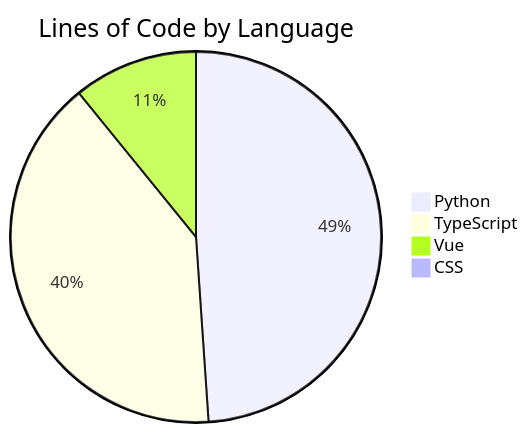
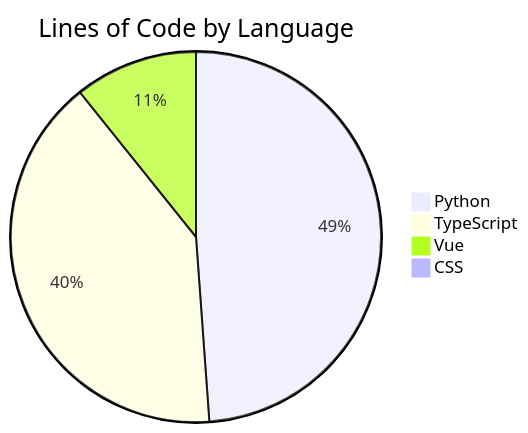
Before and after one commit to ISW-stack/AI3L-Community: the diagram in README.md, drawn with Mermaid. The commit also changed other lines of this file and 1 other file, not shown here.

````diff
--- a/README.md
+++ b/README.md
@@ -368,7 +368,7 @@
 ```mermaid
 pie title Lines of Code by Language
-    "Python" : 105741
-    "TypeScript" : 86925
-    "Vue" : 23494
+    "Python" : 106627
+    "TypeScript" : 88162
+    "Vue" : 23488
     "CSS" : 127
 ```
````
